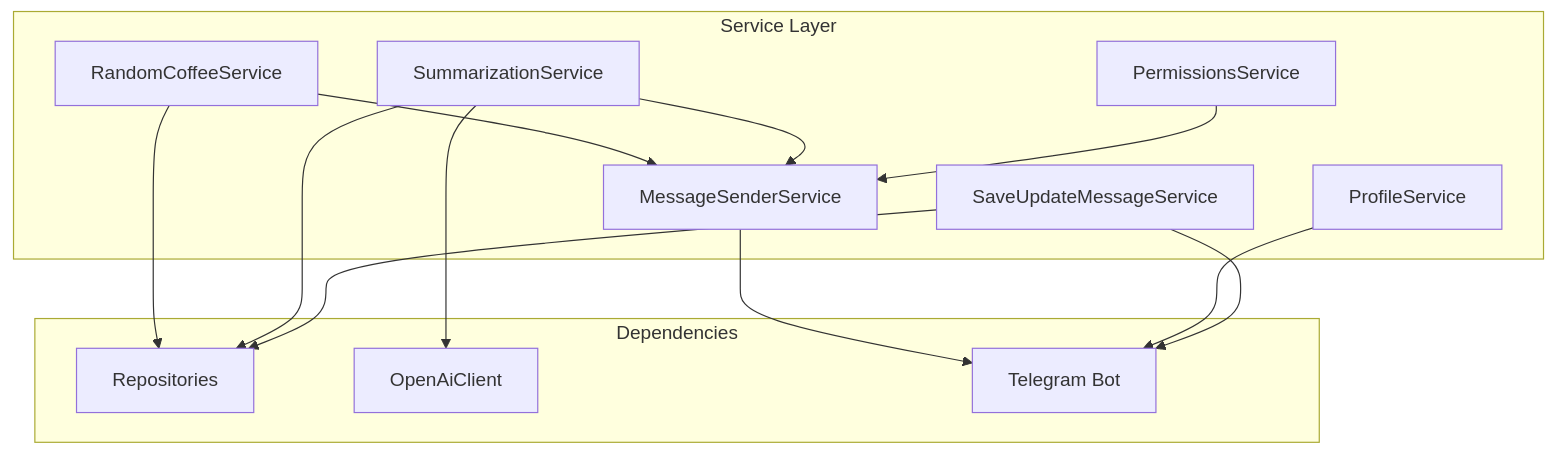
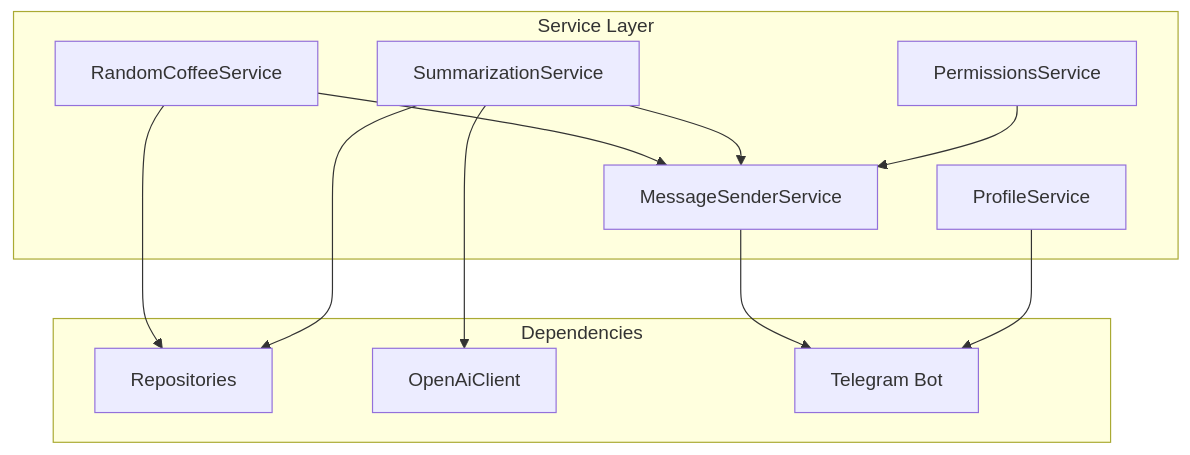
Before and after one commit to it-beard/evo-bot-go: the first of 7 diagrams in .qoder/repowiki/en/content/Service Layer/Service Layer.md, drawn with Mermaid. The commit also changed other lines of this file and 14 other files, not shown here.

````diff
--- a/.qoder/repowiki/en/content/Service Layer/Service Layer.md
+++ b/.qoder/repowiki/en/content/Service Layer/Service Layer.md
@@ -52,26 +53,23 @@
 ```mermaid
 graph TD
 subgraph "Service Layer"
 RandomCoffeeService
 ProfileService
 SummarizationService
 PermissionsService
 MessageSenderService
-SaveUpdateMessageService
 end
 subgraph "Dependencies"
 Repositories[Repositories]
 OpenAiClient[OpenAiClient]
 Bot[Telegram Bot]
 end
 RandomCoffeeService --> Repositories
 RandomCoffeeService --> MessageSenderService
 SummarizationService --> OpenAiClient
 SummarizationService --> Repositories
 SummarizationService --> MessageSenderService
 PermissionsService --> MessageSenderService
 MessageSenderService --> Bot
 ProfileService --> Bot
-SaveUpdateMessageService --> Repositories
-SaveUpdateMessageService --> Bot
 ```
````
